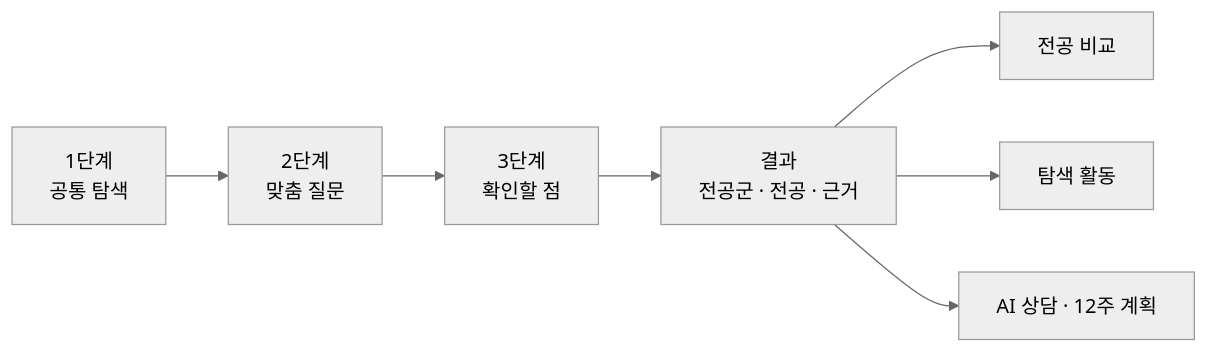
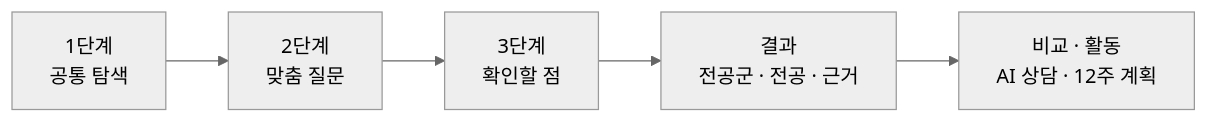
Before and after one commit to JinroOn/.github: the first of 2 diagrams in profile/README.md, drawn with Mermaid (neutral theme). The commit also changed other lines of this file, not shown here.

Commit message:
docs: 조직 프로필 배너 색과 다이어그램 폭 조정

````diff
--- a/profile/README.md
+++ b/profile/README.md
@@ -27,7 +27,4 @@
 ```mermaid
 flowchart LR
-    A["1단계<br/>공통 탐색"] --> B["2단계<br/>맞춤 질문"] --> C["3단계<br/>확인할 점"] --> D["결과<br/>전공군 · 전공 · 근거"]
-    D --> E["전공 비교"]
-    D --> F["탐색 활동"]
-    D --> G["AI 상담 · 12주 계획"]
+    A["1단계<br/>공통 탐색"] --> B["2단계<br/>맞춤 질문"] --> C["3단계<br/>확인할 점"] --> D["결과<br/>전공군 · 전공 · 근거"] --> E["비교 · 활동<br/>AI 상담 · 12주 계획"]
 ```
````
